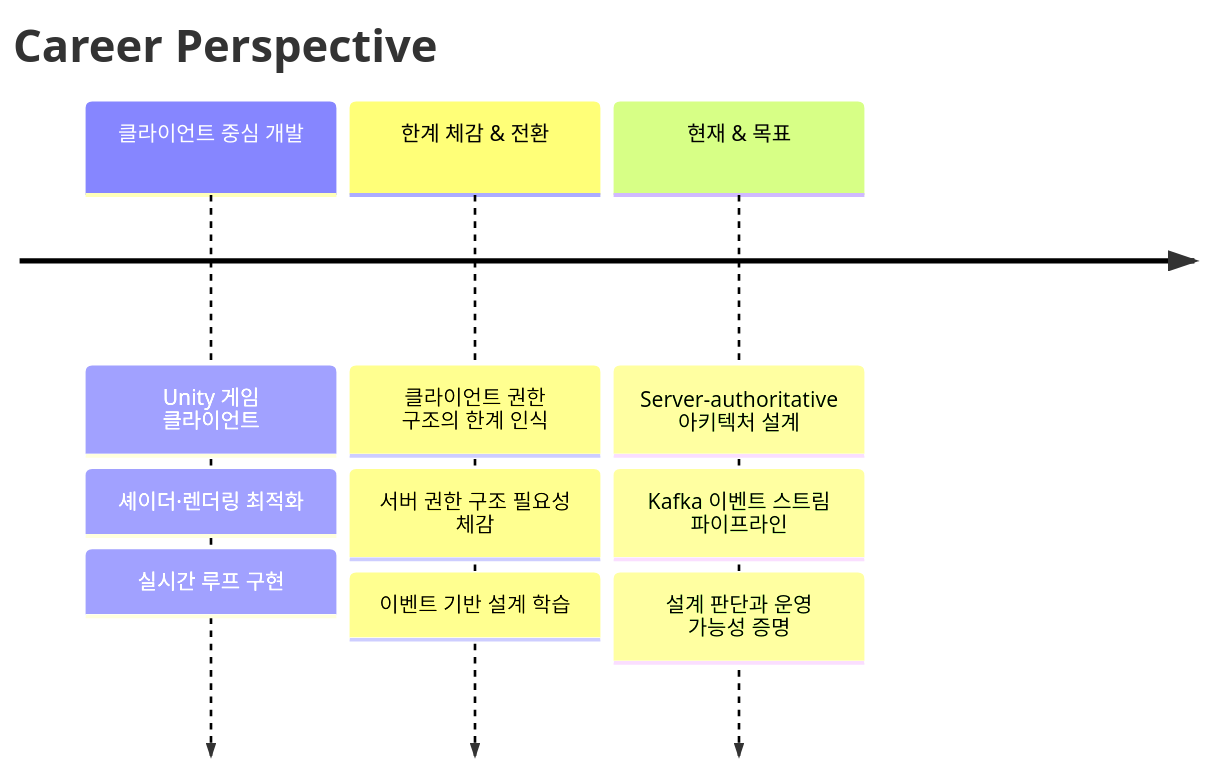
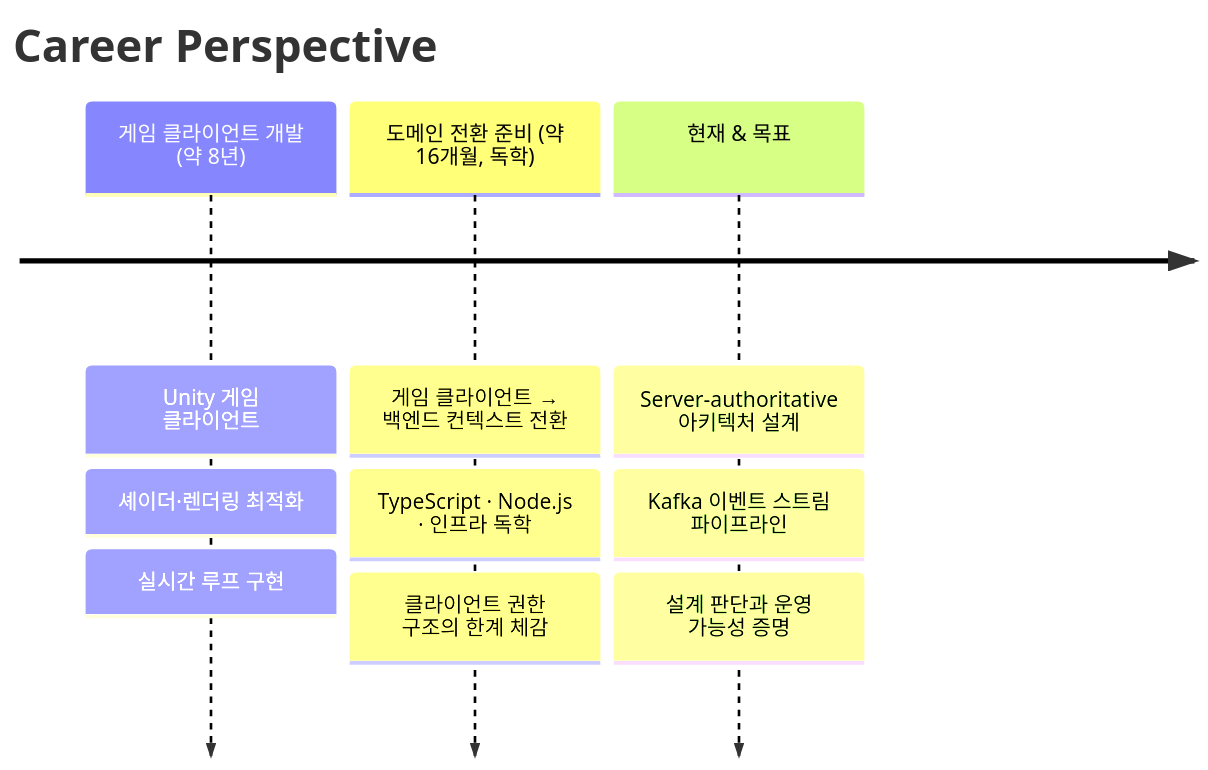
Before and after one commit to 1985jwlee/overview: the first of 14 diagrams in README.md, drawn with Mermaid. The commit also changed other lines of this file, not shown here.

````diff
--- a/README.md
+++ b/README.md
@@ -22,13 +22,13 @@
 ```mermaid
 timeline
     title Career Perspective
-    클라이언트 중심 개발 : Unity 게임 클라이언트
-                        : 셰이더·렌더링 최적화
-                        : 실시간 루프 구현
-    한계 체감 & 전환 : 클라이언트 권한 구조의 한계 인식
-                    : 서버 권한 구조 필요성 체감
-                    : 이벤트 기반 설계 학습
+    게임 클라이언트 개발 (약 8년) : Unity 게임 클라이언트
+                               : 셰이더·렌더링 최적화
+                               : 실시간 루프 구현
+    도메인 전환 준비 (약 16개월, 독학) : 게임 클라이언트 → 백엔드 컨텍스트 전환
+                                   : TypeScript · Node.js · 인프라 독학
+                                   : 클라이언트 권한 구조의 한계 체감
     현재 & 목표 : Server-authoritative 아키텍처 설계
               : Kafka 이벤트 스트림 파이프라인
               : 설계 판단과 운영 가능성 증명
 ```
````
